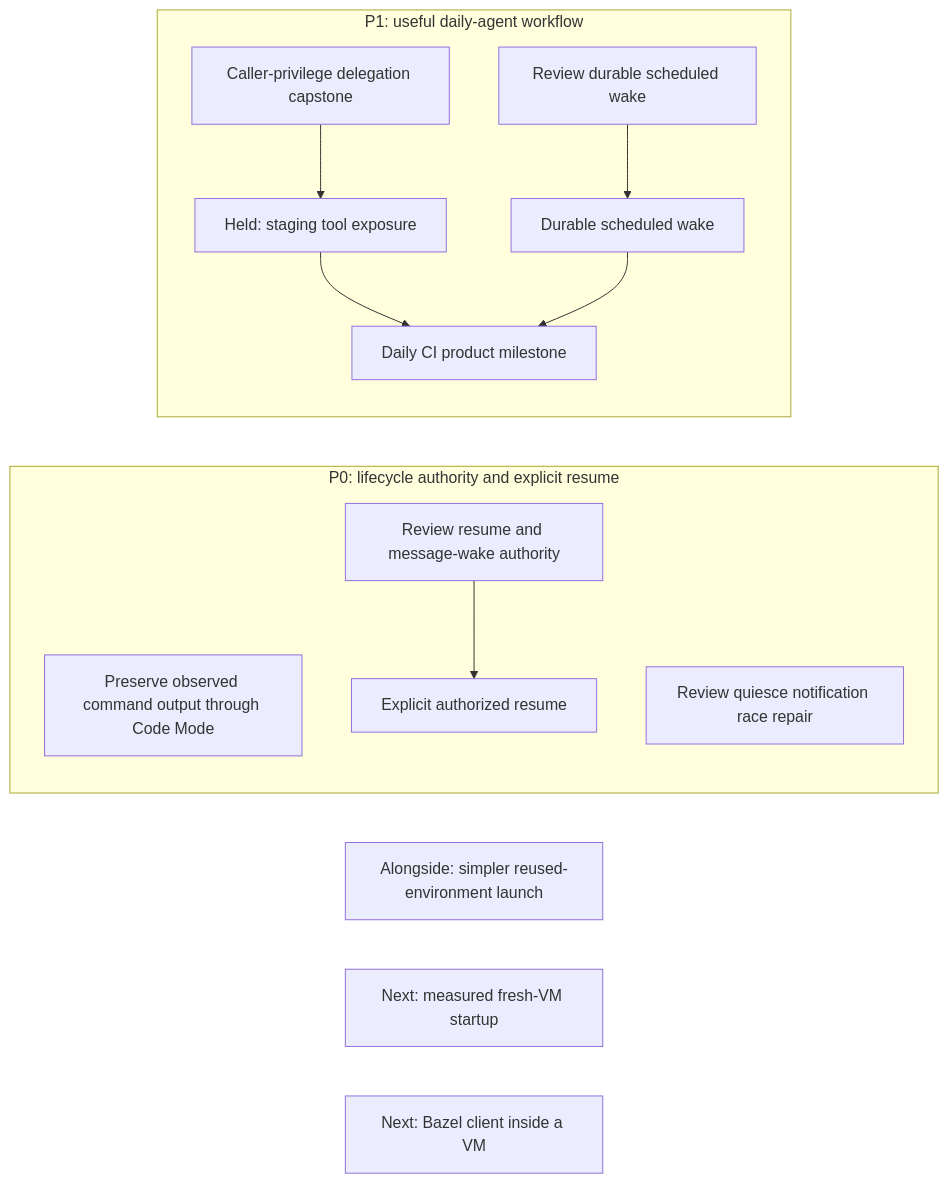
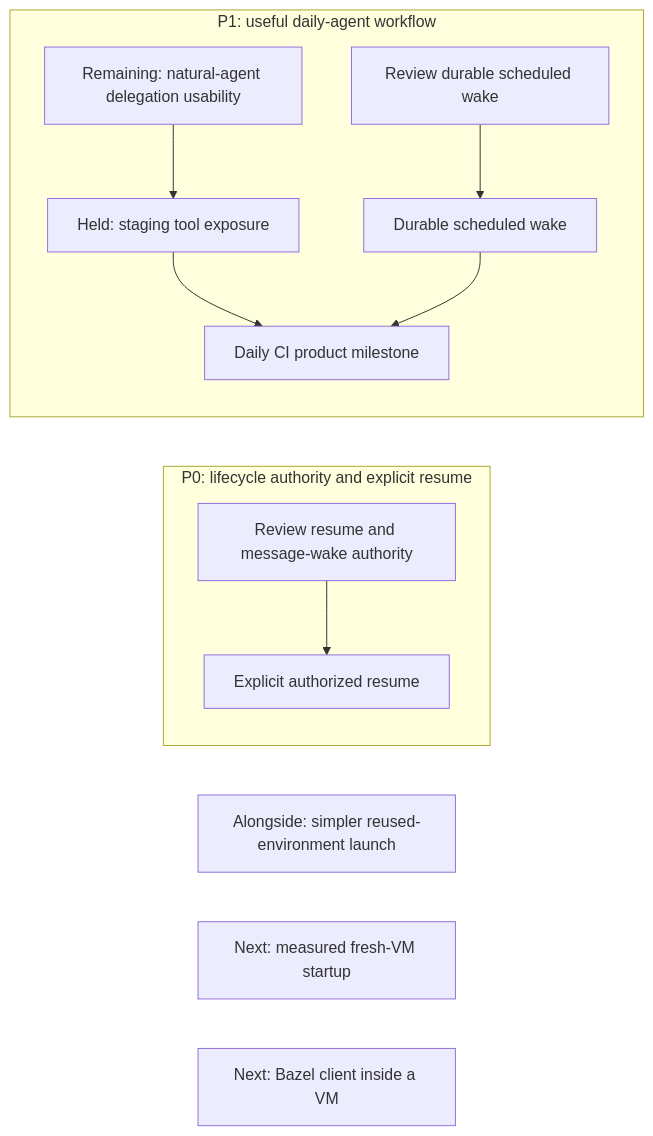
Before and after one commit to agentydragon/ducktape: the first of 18 diagrams in agentplane/plans/task_dag.md, drawn with Mermaid. The commit also changed other lines of this file and 5 other files, not shown here.

````diff
--- a/agentplane/plans/task_dag.md
+++ b/agentplane/plans/task_dag.md
@@ -191,19 +185,17 @@
 ```mermaid
 flowchart LR
     subgraph PRIORITY_ZERO[P0: lifecycle authority and explicit resume]
-        CODE_MODE_OUTPUT_LOSS[Preserve observed command output through Code Mode]
-        RUNTIME_QUIESCE_WAKE[Review quiesce notification race repair]
         SANDBOX_LIFECYCLE_AUTHORIZATION_DESIGN[Review resume and message-wake authority]
         SANDBOX_LIFECYCLE_AUTHORIZATION_DESIGN --> EXEC_SUSPENDED_RESUME[Explicit authorized resume]
     end
     subgraph PRIORITY_ONE[P1: useful daily-agent workflow]
-        THREAD_CREATE_AUTHORIZATION[Caller-privilege delegation capstone]
+        THREAD_CREATE_AUTHORIZATION[Remaining: natural-agent delegation usability]
         THREAD_CREATE_AUTHORIZATION --> SESSION_DELEGATION_ACTIVATION[Held: staging tool exposure]
         SESSION_DELEGATION_ACTIVATION --> DAILY_CI_AGENT[Daily CI product milestone]
         SCHEDULED_AGENT_WAKE_DESIGN[Review durable scheduled wake] --> SCHEDULED_AGENT_WAKE
         SCHEDULED_AGENT_WAKE[Durable scheduled wake] --> DAILY_CI_AGENT
     end
     SESSION_LAUNCH_FRICTION[Alongside: simpler reused-environment launch]
     VM_STARTUP_LATENCY[Next: measured fresh-VM startup]
     LOCAL_BAZEL[Next: Bazel client inside a VM]
 ```
````
